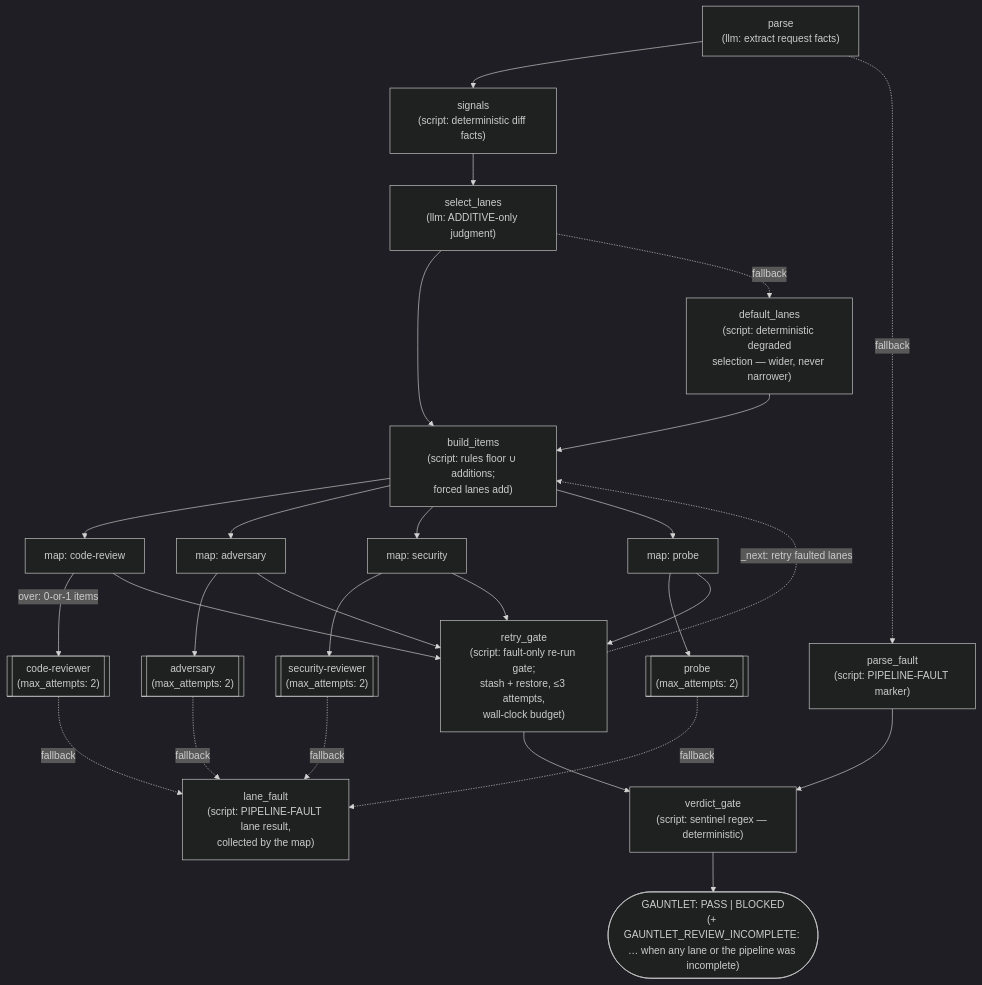
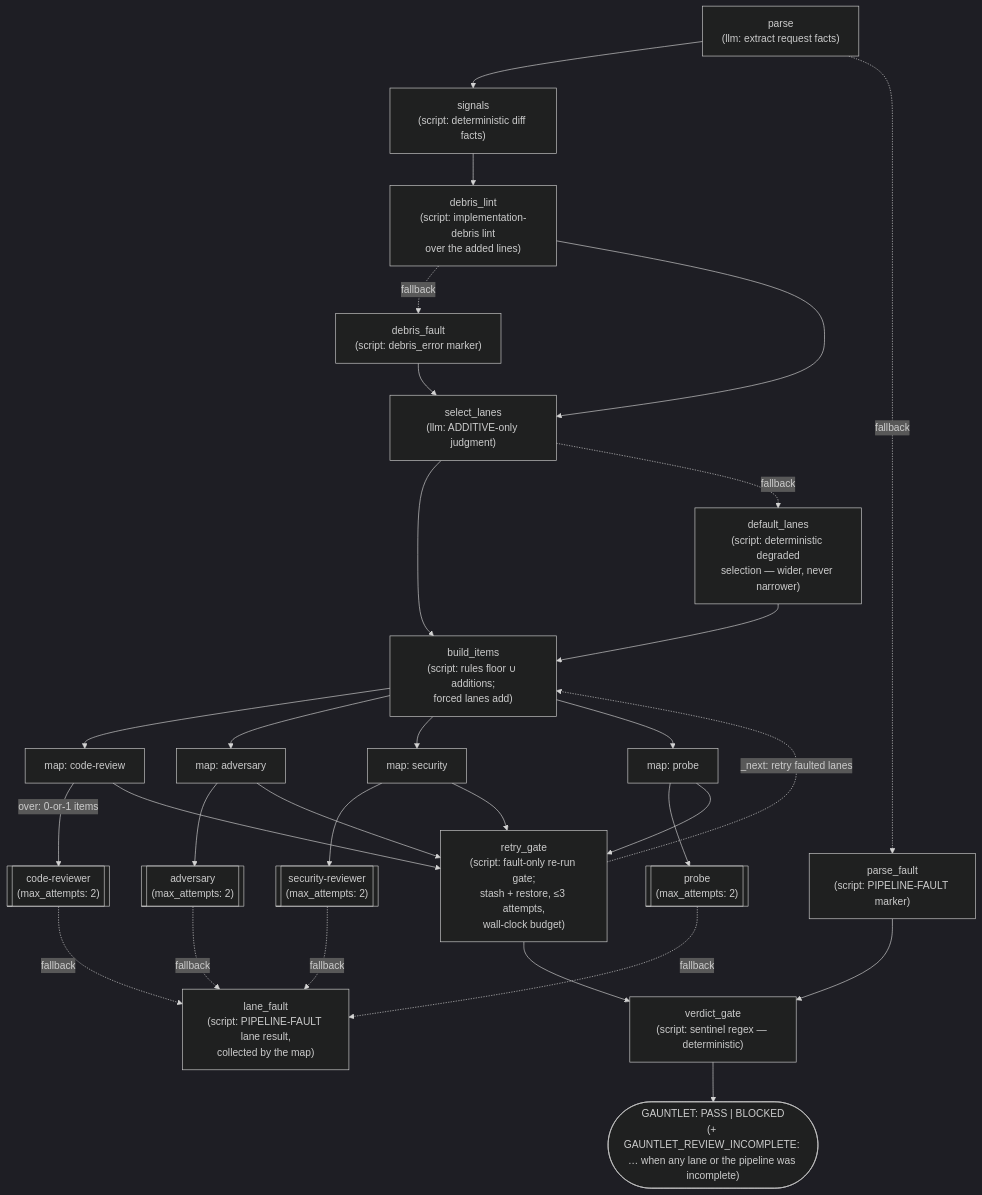
One commit to Dark-Alex-17/coyote changed the diagram in assets/agents/review-gauntlet/README.md. Above: the diagram before and after it, drawn with Mermaid (dark theme). The commit also changed other lines of this file and 45 other files, not shown here.

Commit message:
feat: Improved code review suite with design pattern passes, comment hygiene, and post-implementation debris cleanup/hygiene

````diff
--- a/assets/agents/review-gauntlet/README.md
+++ b/assets/agents/review-gauntlet/README.md
@@ -11,23 +11,26 @@
 ```mermaid
 flowchart TD
     parse["parse<br/>(llm: extract request facts)"] --> signals["signals<br/>(script: deterministic diff facts)"]
     parse -. "fallback" .-> pfault["parse_fault<br/>(script: PIPELINE-FAULT marker)"]
     pfault --> gate
-    signals --> select["select_lanes<br/>(llm: ADDITIVE-only judgment)"]
+    signals --> debris["debris_lint<br/>(script: implementation-debris lint<br/>over the added lines)"]
+    debris -. "fallback" .-> dfault["debris_fault<br/>(script: debris_error marker)"]
+    dfault --> select
+    debris --> select["select_lanes<br/>(llm: ADDITIVE-only judgment)"]
     select --> build["build_items<br/>(script: rules floor ∪ additions;<br/>forced lanes add)"]
     select -. "fallback" .-> dlanes["default_lanes<br/>(script: deterministic degraded<br/>selection — wider, never narrower)"]
     dlanes --> build
     build --> mcr["map: code-review"] & madv["map: adversary"] & msec["map: security"] & mpb["map: probe"]
     mcr -->|"over: 0-or-1 items"| rcr[["code-reviewer<br/>(max_attempts: 2)"]]
     madv --> radv[["adversary<br/>(max_attempts: 2)"]]
     msec --> rsec[["security-reviewer<br/>(max_attempts: 2)"]]
     mpb --> rpb[["probe<br/>(max_attempts: 2)"]]
     rcr -. "fallback" .-> lfault["lane_fault<br/>(script: PIPELINE-FAULT lane result,<br/>collected by the map)"]
     radv -. "fallback" .-> lfault
     rsec -. "fallback" .-> lfault
     rpb -. "fallback" .-> lfault
     mcr & madv & msec & mpb --> rgate["retry_gate<br/>(script: fault-only re-run gate;<br/>stash + restore, ≤3 attempts,<br/>wall-clock budget)"]
     rgate -. "_next: retry faulted lanes" .-> build
     rgate --> gate["verdict_gate<br/>(script: sentinel regex — deterministic)"]
     gate --> done(["GAUNTLET: PASS | BLOCKED<br/>(+ GAUNTLET_REVIEW_INCOMPLETE: … when any lane or the pipeline was incomplete)"])
 ```
````
